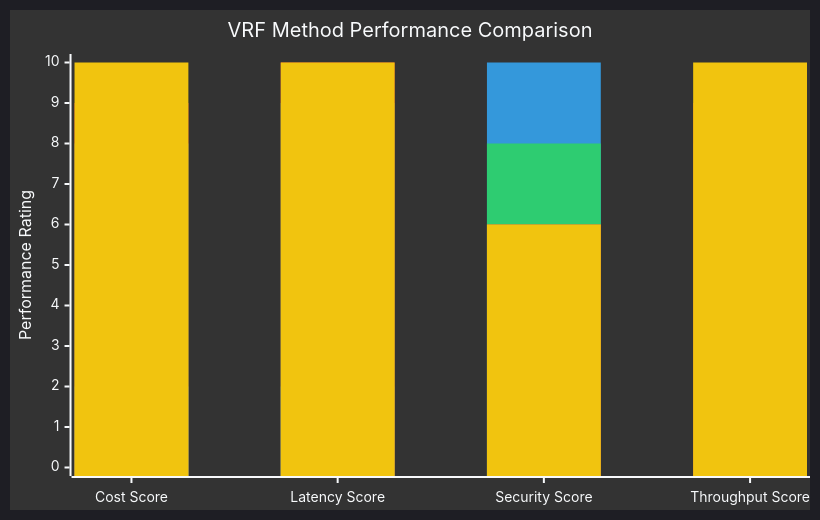
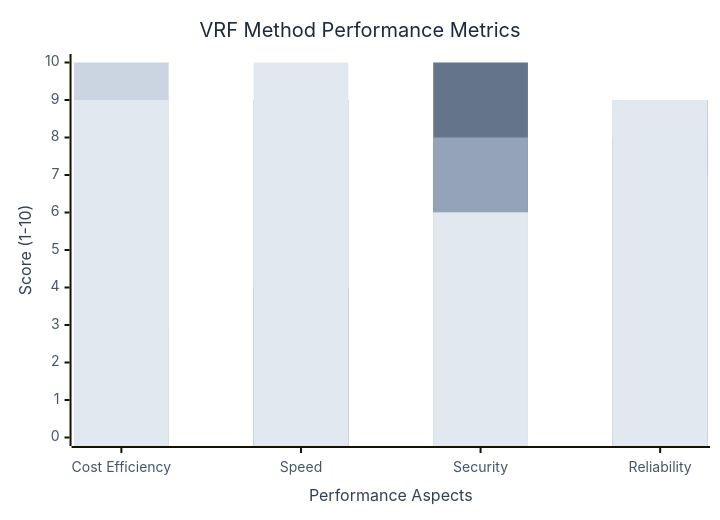
Before and after one commit to wenakita/sonicreddragon-docs: the sixth of 7 diagrams in docs/contracts/randomness/overview.md, drawn with Mermaid. The commit also changed other lines of this file and 3 other files, not shown here.

````diff
--- a/docs/contracts/randomness/overview.md
+++ b/docs/contracts/randomness/overview.md
@@ -390,23 +318,29 @@
 ```mermaid
 %%{init: {
-  'theme': 'dark',
+  'theme': 'base',
   'themeVariables': {
-    'primaryColor': '#1d4ed8',
-    'primaryTextColor': '#f8fafc',
+    'primaryColor': '#f8fafc',
+    'primaryTextColor': '#334155',
+    'primaryBorderColor': '#64748b',
     'lineColor': '#64748b',
-    'tertiaryColor': '#0f172a'
-  },
-  'xyChart': {
-    'width': 800,
-    'height': 500
+    'xyChart': {
+      'backgroundColor': '#ffffff',
+      'titleColor': '#1e293b',
+      'xAxisLabelColor': '#475569',
+      'yAxisLabelColor': '#475569',
+      'xAxisTitleColor': '#334155',
+      'yAxisTitleColor': '#334155',
+      'plotColorPalette': '#64748b,#94a3b8,#cbd5e1,#e2e8f0'
+    }
   }
 }}%%
+
 xychart-beta
-    title "VRF Method Performance Comparison"
-    x-axis ["Cost Score", "Latency Score", "Security Score", "Throughput Score"]
-    y-axis "Performance Rating" 0 --> 10
-    bar [2, 2, 10, 3]
-    bar [8, 9, 8, 8]
-    bar [9, 10, 6, 9]
-    bar [10, 10, 6, 10]
+    title "VRF Method Performance Metrics"
+    x-axis "Performance Aspects" ["Cost Efficiency", "Speed", "Security", "Reliability"]
+    y-axis "Score (1-10)" 0 --> 10
+    bar "Chainlink VRF" [3, 4, 10, 9]
+    bar "Drand Aggregated" [8, 9, 8, 8]
+    bar "Bucket System" [10, 9, 6, 7]
+    bar "Pool System" [9, 10, 6, 9]
 ```
````
